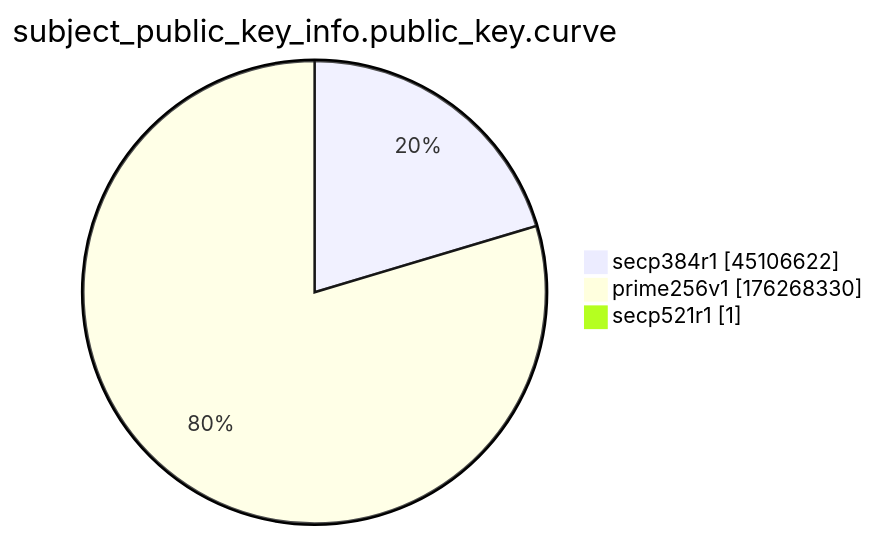
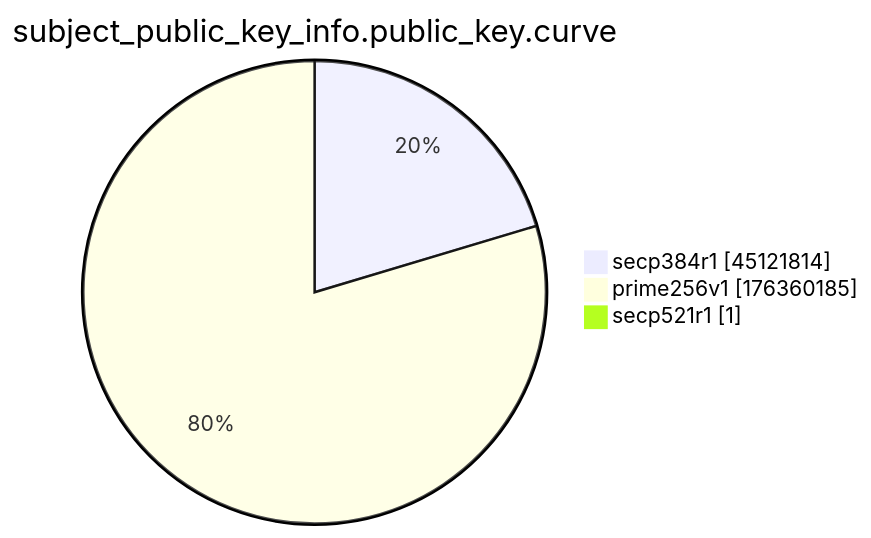
Before and after one commit to christiankrug/ctmonitor_visualization: the ninth of 15 diagrams in xenon2022/README.md, drawn with Mermaid. The commit also changed other lines of this file, not shown here.

````diff
--- a/xenon2022/README.md
+++ b/xenon2022/README.md
@@ -2872,7 +2872,7 @@
 ```mermaid
 pie showData
 title subject_public_key_info.public_key.curve
-"secp384r1" :45106622
-"prime256v1" :176268330
+"secp384r1" :45121814
+"prime256v1" :176360185
 "secp521r1" :1
 ```
````
